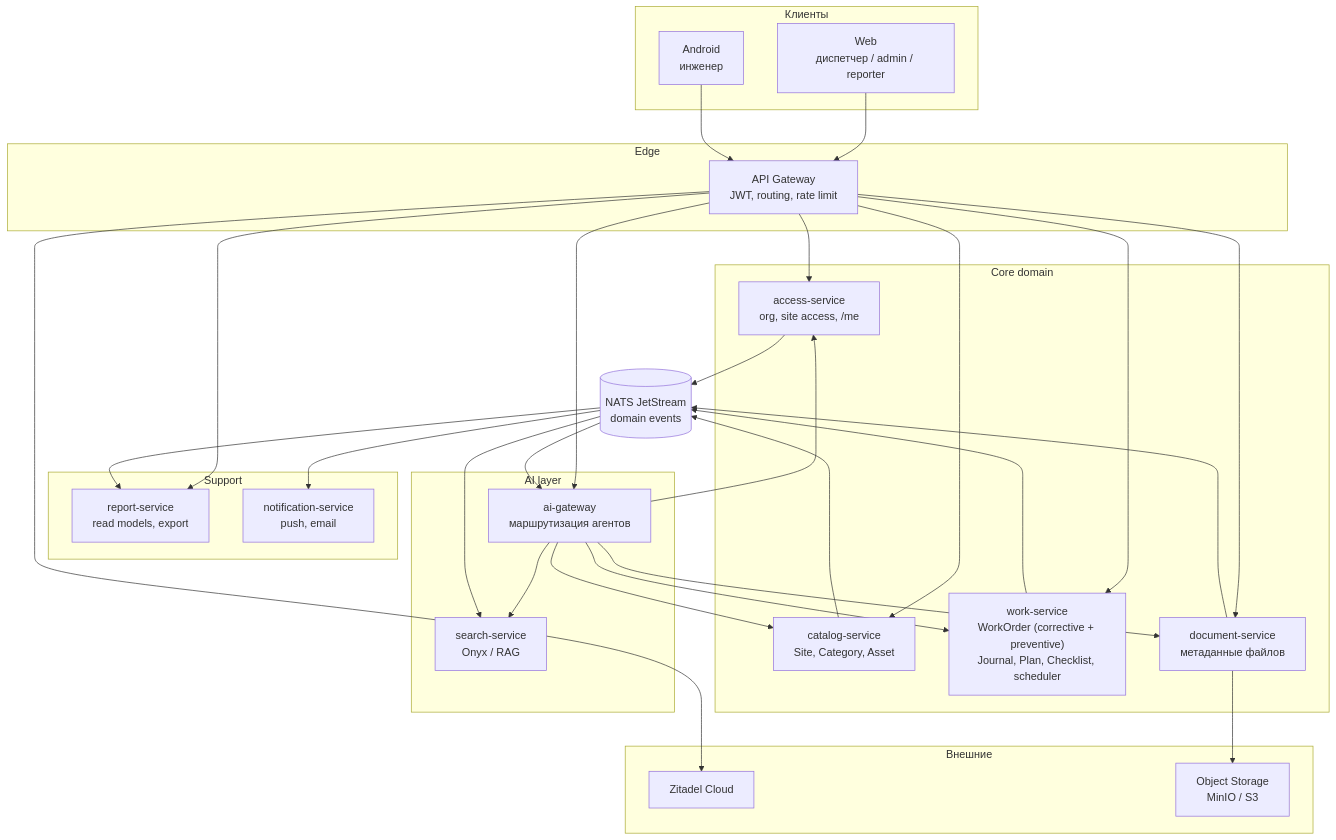
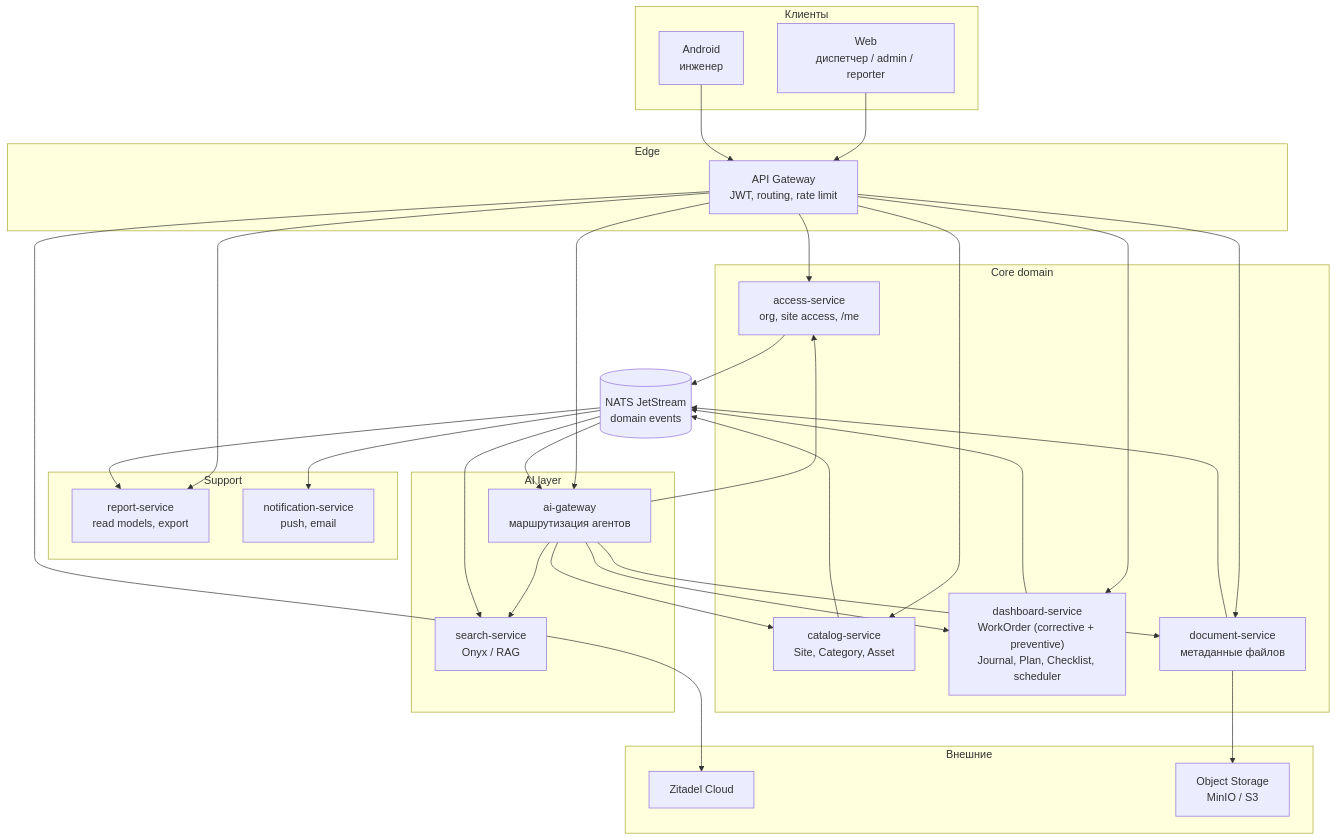
The tenth of 12 diagrams in TOIR_AI_SYSTEM_DESIGN.md (masterdoc-app/masterdoc), drawn with Mermaid before and after one commit. The commit also changed other lines of this file and 1 other file, not shown here.

First line of the commit message:
docs: rename work-service to dashboard-service

````diff
--- a/TOIR_AI_SYSTEM_DESIGN.md
+++ b/TOIR_AI_SYSTEM_DESIGN.md
@@ -623,49 +623,49 @@
 ```mermaid
 flowchart TB
   subgraph Clients["Клиенты"]
     WEB["Web<br/>диспетчер / admin / reporter"]
     AND["Android<br/>инженер"]
   end
 
   subgraph Edge["Edge"]
     GW["API Gateway<br/>JWT, routing, rate limit"]
   end
 
   subgraph External["Внешние"]
     ZIT["Zitadel Cloud"]
     S3["Object Storage<br/>MinIO / S3"]
   end
 
   subgraph Core["Core domain"]
     ACC["access-service<br/>org, site access, /me"]
     CAT["catalog-service<br/>Site, Category, Asset"]
-    WRK["work-service<br/>WorkOrder (corrective + preventive)<br/>Journal, Plan, Checklist, scheduler"]
+    DSH["dashboard-service<br/>WorkOrder (corrective + preventive)<br/>Journal, Plan, Checklist, scheduler"]
     DOC["document-service<br/>метаданные файлов"]
   end
 
   subgraph Support["Support"]
     RPT["report-service<br/>read models, export"]
     NTF["notification-service<br/>push, email"]
   end
 
   subgraph AI["AI layer"]
     AIG["ai-gateway<br/>маршрутизация агентов"]
     SRCH["search-service<br/>Onyx / RAG"]
   end
 
   BUS[("NATS JetStream<br/>domain events")]
 
   WEB --> GW
   AND --> GW
   GW --> ZIT
-  GW --> ACC & CAT & WRK & DOC & RPT & AIG
+  GW --> ACC & CAT & DSH & DOC & RPT & AIG
 
   ACC --> BUS
   CAT --> BUS
-  WRK --> BUS
+  DSH --> BUS
   DOC --> S3
   DOC --> BUS
   AIG --> SRCH
-  AIG --> CAT & WRK & DOC & ACC
+  AIG --> CAT & DSH & DOC & ACC
   BUS --> NTF & RPT & AIG & SRCH
 ```
````
